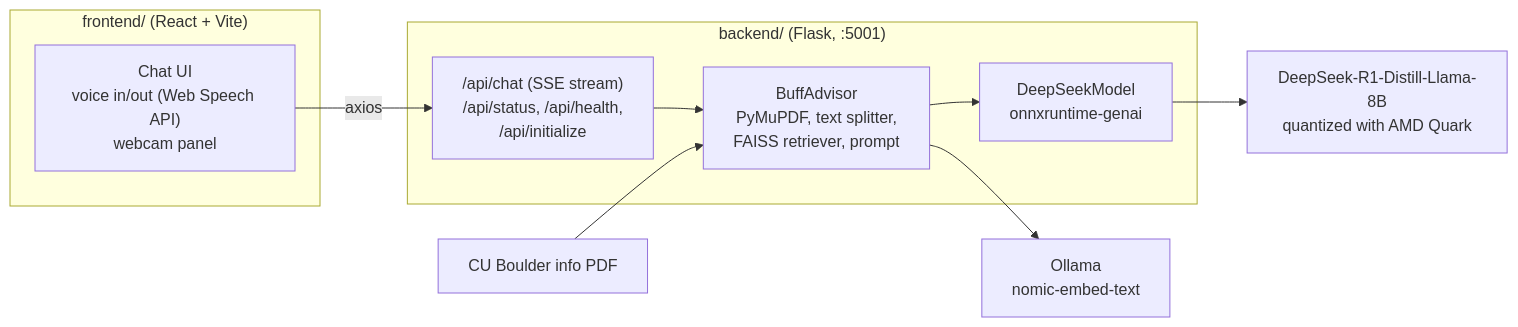
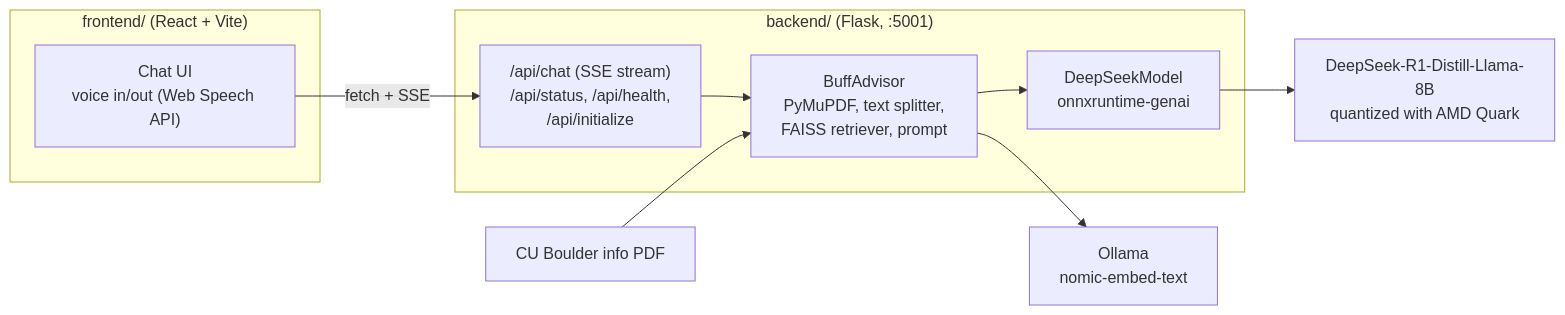
Before and after one commit to zero-abd/CU_Boulder_local_ai_assistant: the diagram in README.md, drawn with Mermaid. The commit also changed other lines of this file and 24 other files, not shown here.

````diff
--- a/README.md
+++ b/README.md
@@ -21,19 +23,19 @@
 ```mermaid
 flowchart LR
   subgraph FE["frontend/ (React + Vite)"]
-    UI["Chat UI<br/>voice in/out (Web Speech API)<br/>webcam panel"]
+    UI["Chat UI<br/>voice in/out (Web Speech API)"]
   end
   subgraph BE["backend/ (Flask, :5001)"]
     API["/api/chat (SSE stream)<br/>/api/status, /api/health,<br/>/api/initialize"]
     RAG["BuffAdvisor<br/>PyMuPDF, text splitter,<br/>FAISS retriever, prompt"]
     M["DeepSeekModel<br/>onnxruntime-genai"]
   end
   PDF["CU Boulder info PDF"]
   EMB["Ollama<br/>nomic-embed-text"]
   Q["DeepSeek-R1-Distill-Llama-8B<br/>quantized with AMD Quark"]
 
-  UI -- "axios" --> API --> RAG
+  UI -- "fetch + SSE" --> API --> RAG
   PDF --> RAG
   RAG --> EMB
   RAG --> M --> Q
 ```
````
